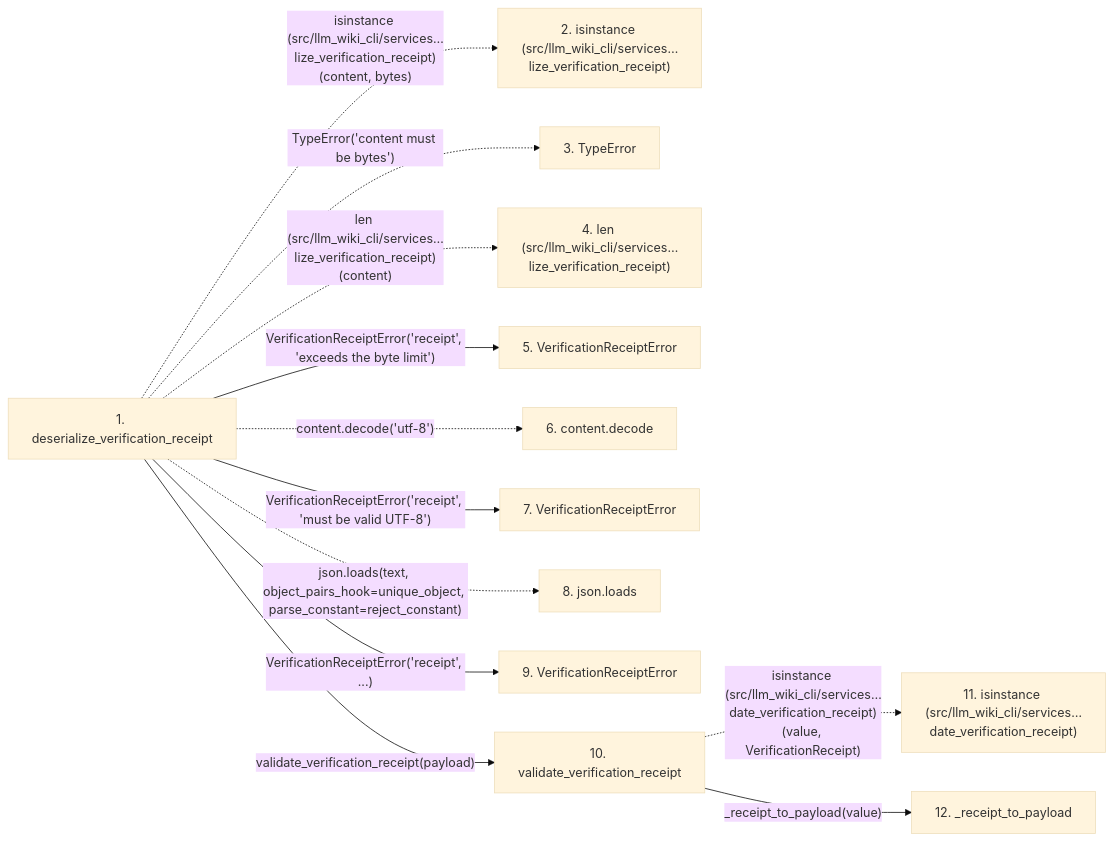
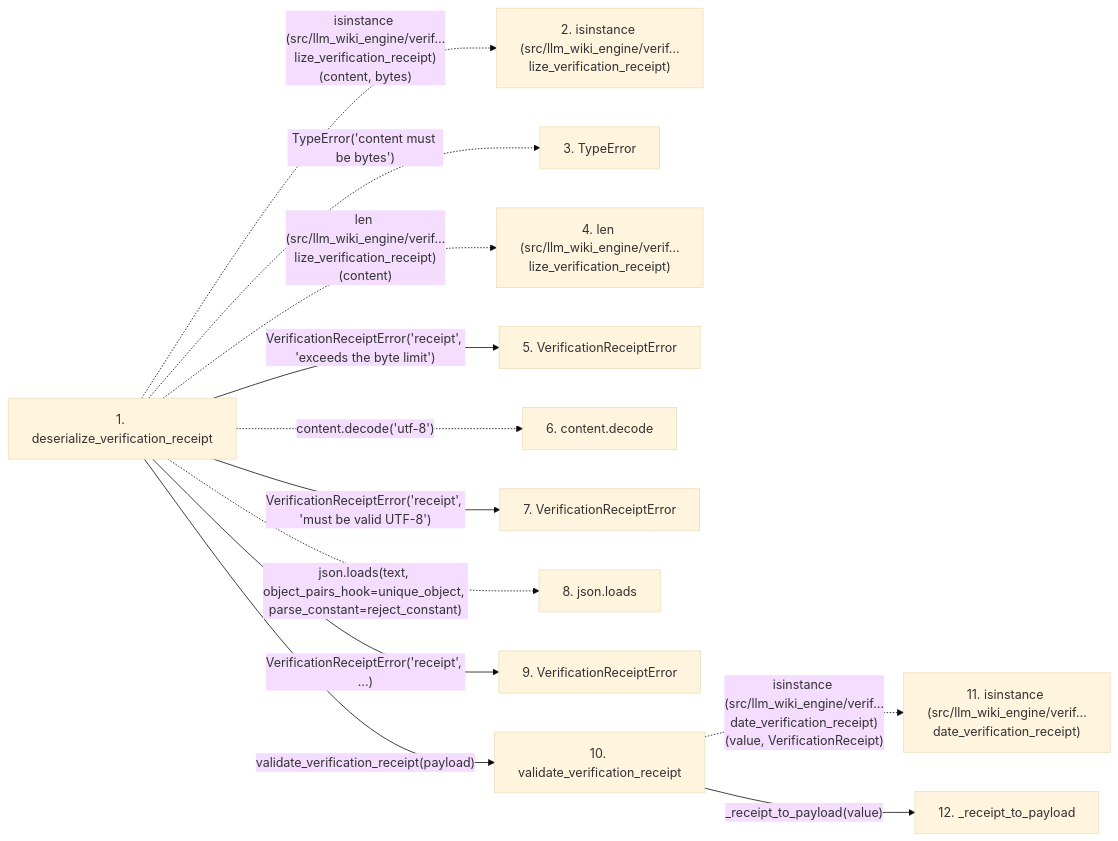
Before and after one commit to Denissvgn/python-wiki-llm: the second of 2 diagrams in docs/llm_wiki/flows/api-deserialize_verification_receipt.md, drawn with Mermaid (base theme). The commit also changed other lines of this file and 1058 other files, not shown here.

````diff
--- a/docs/llm_wiki/flows/api-deserialize_verification_receipt.md
+++ b/docs/llm_wiki/flows/api-deserialize_verification_receipt.md
@@ -129,32 +129,32 @@
 ```mermaid
 flowchart LR
     s1["1. deserialize_verification_receipt"]
-    s2["2. isinstance (src/llm_wiki_cli/services…lize_verification_receipt)"]
+    s2["2. isinstance (src/llm_wiki_engine/verif…lize_verification_receipt)"]
     s3["3. TypeError"]
-    s4["4. len (src/llm_wiki_cli/services…lize_verification_receipt)"]
+    s4["4. len (src/llm_wiki_engine/verif…lize_verification_receipt)"]
     s5["5. VerificationReceiptError"]
     s6["6. content.decode"]
     s7["7. VerificationReceiptError"]
     s8["8. json.loads"]
     s9["9. VerificationReceiptError"]
     s10["10. validate_verification_receipt"]
-    s11["11. isinstance (src/llm_wiki_cli/services…date_verification_receipt)"]
+    s11["11. isinstance (src/llm_wiki_engine/verif…date_verification_receipt)"]
     s12["12. _receipt_to_payload"]
-    s1 -. "isinstance (src/llm_wiki_cli/services…lize_verification_receipt)(content, bytes)" .-> s2
+    s1 -. "isinstance (src/llm_wiki_engine/verif…lize_verification_receipt)(content, bytes)" .-> s2
     s1 -. "TypeError('content must be bytes')" .-> s3
-    s1 -. "len (src/llm_wiki_cli/services…lize_verification_receipt)(content)" .-> s4
+    s1 -. "len (src/llm_wiki_engine/verif…lize_verification_receipt)(content)" .-> s4
     s1 -->|"VerificationReceiptError('receipt', 'exceeds the byte limit')"| s5
     s1 -. "content.decode('utf-8')" .-> s6
     s1 -->|"VerificationReceiptError('receipt', 'must be valid UTF-8')"| s7
     s1 -. "json.loads(text, object_pairs_hook=unique_object, parse_constant=reject_constant)" .-> s8
     s1 -->|"VerificationReceiptError('receipt', ...)"| s9
     s1 -->|"validate_verification_receipt(payload)"| s10
-    s10 -. "isinstance (src/llm_wiki_cli/services…date_verification_receipt)(value, VerificationReceipt)" .-> s11
+    s10 -. "isinstance (src/llm_wiki_engine/verif…date_verification_receipt)(value, VerificationReceipt)" .-> s11
     s10 -->|"_receipt_to_payload(value)"| s12
     click s1 "../modules/verification_contracts.md"
     click s5 "../modules/verification_contracts.md"
     click s7 "../modules/verification_contracts.md"
     click s9 "../modules/verification_contracts.md"
     click s10 "../modules/verification_contracts.md"
     click s12 "../modules/verification_contracts.md"
 ```
````
